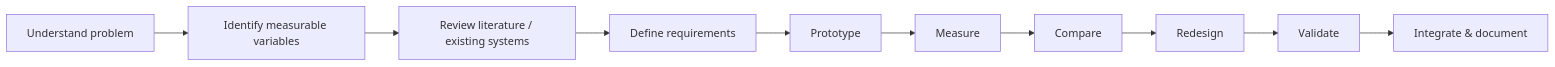
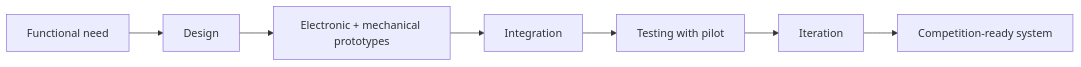
One commit to Eoweo/CarlosMoreno.github.io changed the fifth of 6 diagrams in portfolio.qmd. Above: the diagram before and after it, drawn with Mermaid. The commit also changed other lines of this file and 29 other files, not shown here.

````diff
--- a/portfolio.qmd
+++ b/portfolio.qmd
@@ -577,12 +317,9 @@
 ```{mermaid}
 flowchart LR
-    A["Understand problem"] --> B["Identify measurable variables"]
-    B --> C["Review literature / existing systems"]
-    C --> D["Define requirements"]
-    D --> E["Prototype"]
-    E --> F["Measure"]
-    F --> G["Compare"]
-    G --> H["Redesign"]
-    H --> I["Validate"]
-    I --> J["Integrate & document"]
+    A["Functional need"] --> B["Design"]
+    B --> C["Electronic + mechanical prototypes"]
+    C --> D["Integration"]
+    D --> E["Testing with pilot"]
+    E --> F["Iteration"]
+    F --> G["Competition-ready system"]
 ```
````
